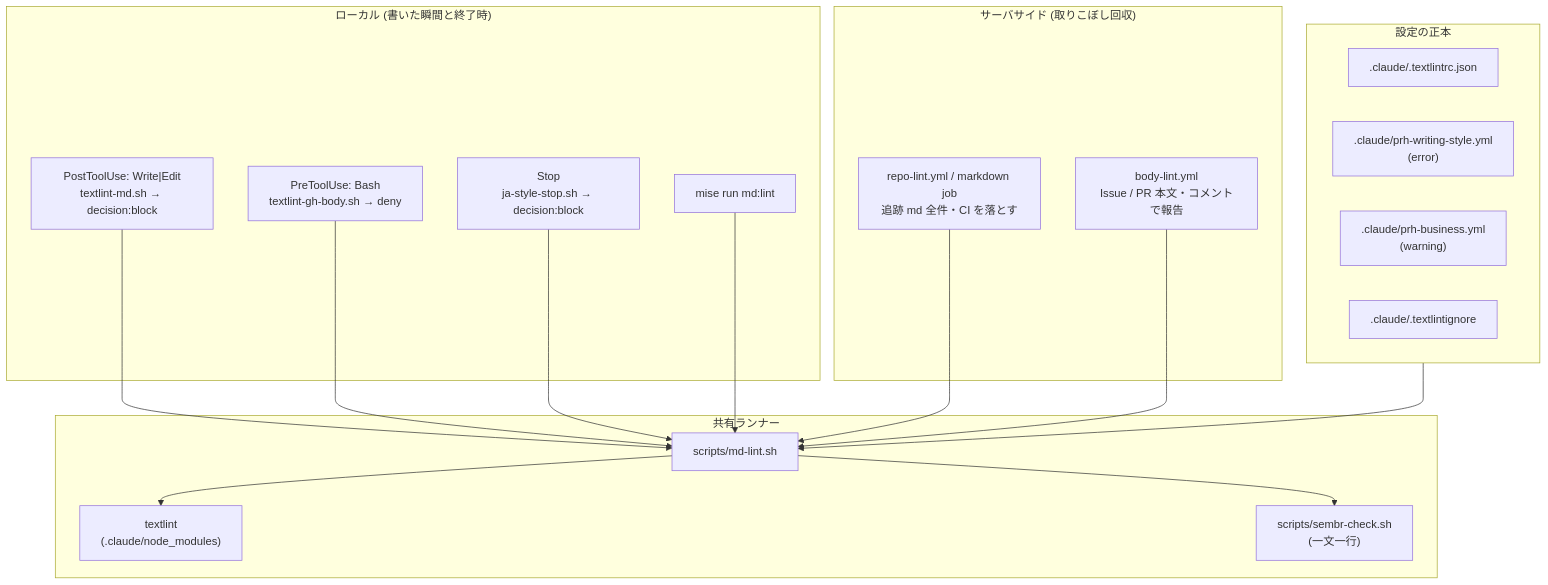
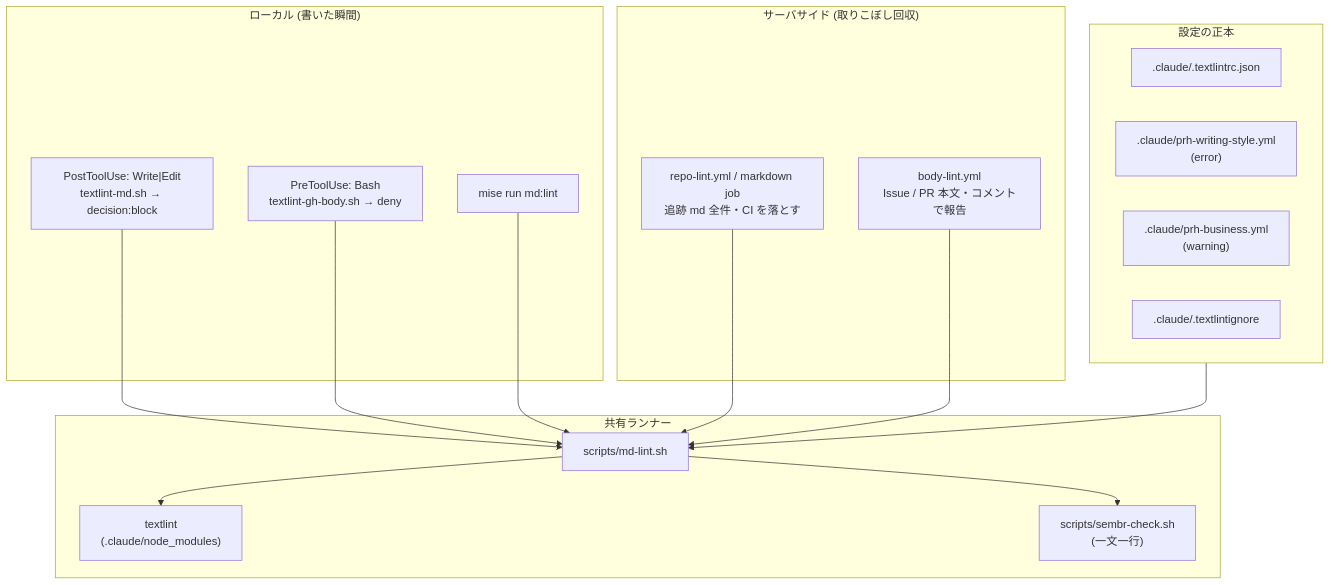
The ninth of 9 diagrams in docs/architecture.md (bigdra50/dotfiles), drawn with Mermaid before and after one commit. The commit also changed other lines of this file and 8 other files, not shown here.

````diff
--- a/docs/architecture.md
+++ b/docs/architecture.md
@@ -279,38 +279,36 @@
 ```mermaid
 flowchart TB
     subgraph canon["設定の正本"]
         rc[".claude/.textlintrc.json"]
         prh[".claude/prh-writing-style.yml<br/>(error)"]
         prhb[".claude/prh-business.yml<br/>(warning)"]
         ign[".claude/.textlintignore"]
     end
 
     subgraph runner["共有ランナー"]
         ml["scripts/md-lint.sh"]
         tl["textlint<br/>(.claude/node_modules)"]
         sb["scripts/sembr-check.sh<br/>(一文一行)"]
         ml --> tl
         ml --> sb
     end
 
     canon --> ml
 
-    subgraph local["ローカル (書いた瞬間と終了時)"]
+    subgraph local["ローカル (書いた瞬間)"]
         h1["PostToolUse: Write|Edit<br/>textlint-md.sh → decision:block"]
         h2["PreToolUse: Bash<br/>textlint-gh-body.sh → deny"]
-        h3["Stop<br/>ja-style-stop.sh → decision:block"]
         mt["mise run md:lint"]
     end
 
     subgraph server["サーバサイド (取りこぼし回収)"]
         ci["repo-lint.yml / markdown job<br/>追跡 md 全件・CI を落とす"]
         bl["body-lint.yml<br/>Issue / PR 本文・コメントで報告"]
     end
 
     h1 --> ml
     h2 --> ml
-    h3 --> ml
     mt --> ml
     ci --> ml
     bl --> ml
 ```
````
